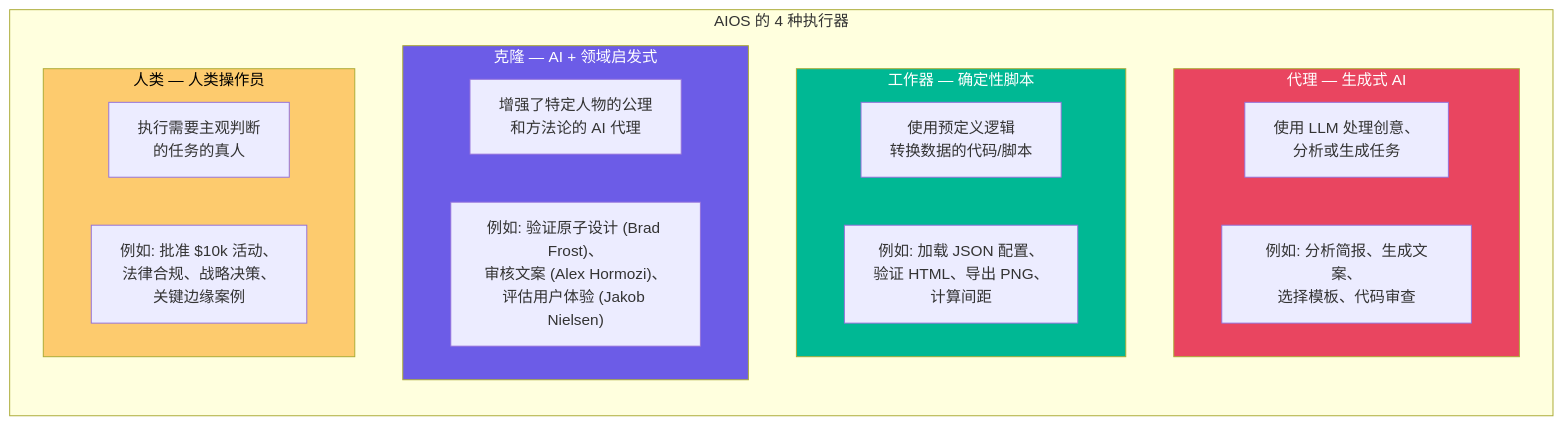
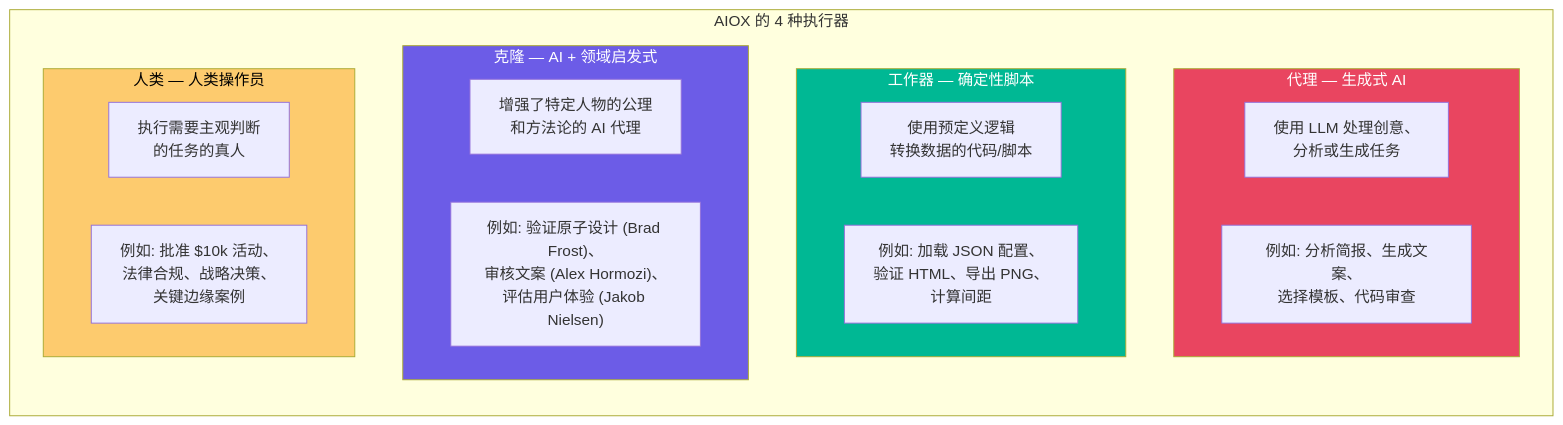
The fourth of 12 diagrams in docs/zh/architecture/AIOX-VISUAL-OVERVIEW.md (henriquetj159/henriquetj), drawn with Mermaid before and after one commit. The commit also changed other lines of this file and 2056 other files, not shown here.

First line of the commit message:
chore: update aios→aiox references in file contents

````diff
--- a/docs/zh/architecture/AIOX-VISUAL-OVERVIEW.md
+++ b/docs/zh/architecture/AIOX-VISUAL-OVERVIEW.md
@@ -184,31 +184,31 @@
 ```mermaid
 flowchart TB
-    subgraph EXECUTORS["AIOS 的 4 种执行器"]
+    subgraph EXECUTORS["AIOX 的 4 种执行器"]
         direction TB
 
         subgraph AGENT_BOX["代理 — 生成式 AI"]
             AGENT_DESC["使用 LLM 处理创意、<br/>分析或生成任务"]
             AGENT_EX["例如: 分析简报、生成文案、<br/>选择模板、代码审查"]
         end
 
         subgraph WORKER_BOX["工作器 — 确定性脚本"]
             WORKER_DESC["使用预定义逻辑<br/>转换数据的代码/脚本"]
             WORKER_EX["例如: 加载 JSON 配置、<br/>验证 HTML、导出 PNG、<br/>计算间距"]
         end
 
         subgraph CLONE_BOX["克隆 — AI + 领域启发式"]
             CLONE_DESC["增强了特定人物的公理<br/>和方法论的 AI 代理"]
             CLONE_EX["例如: 验证原子设计 (Brad Frost)、<br/>审核文案 (Alex Hormozi)、<br/>评估用户体验 (Jakob Nielsen)"]
         end
 
         subgraph HUMAN_BOX["人类 — 人类操作员"]
             HUMAN_DESC["执行需要主观判断<br/>的任务的真人"]
             HUMAN_EX["例如: 批准 $10k 活动、<br/>法律合规、战略决策、<br/>关键边缘案例"]
         end
     end
 
     style AGENT_BOX fill:#e94560,color:#fff
     style WORKER_BOX fill:#00b894,color:#fff
     style CLONE_BOX fill:#6c5ce7,color:#fff
     style HUMAN_BOX fill:#fdcb6e,color:#000
 ```
````
